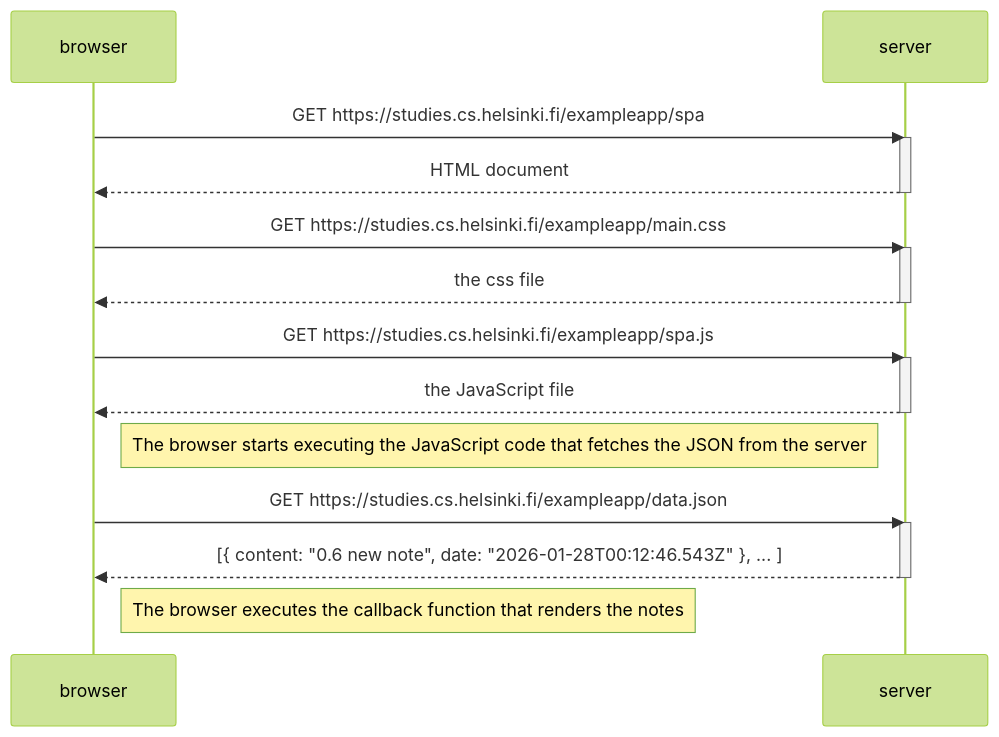
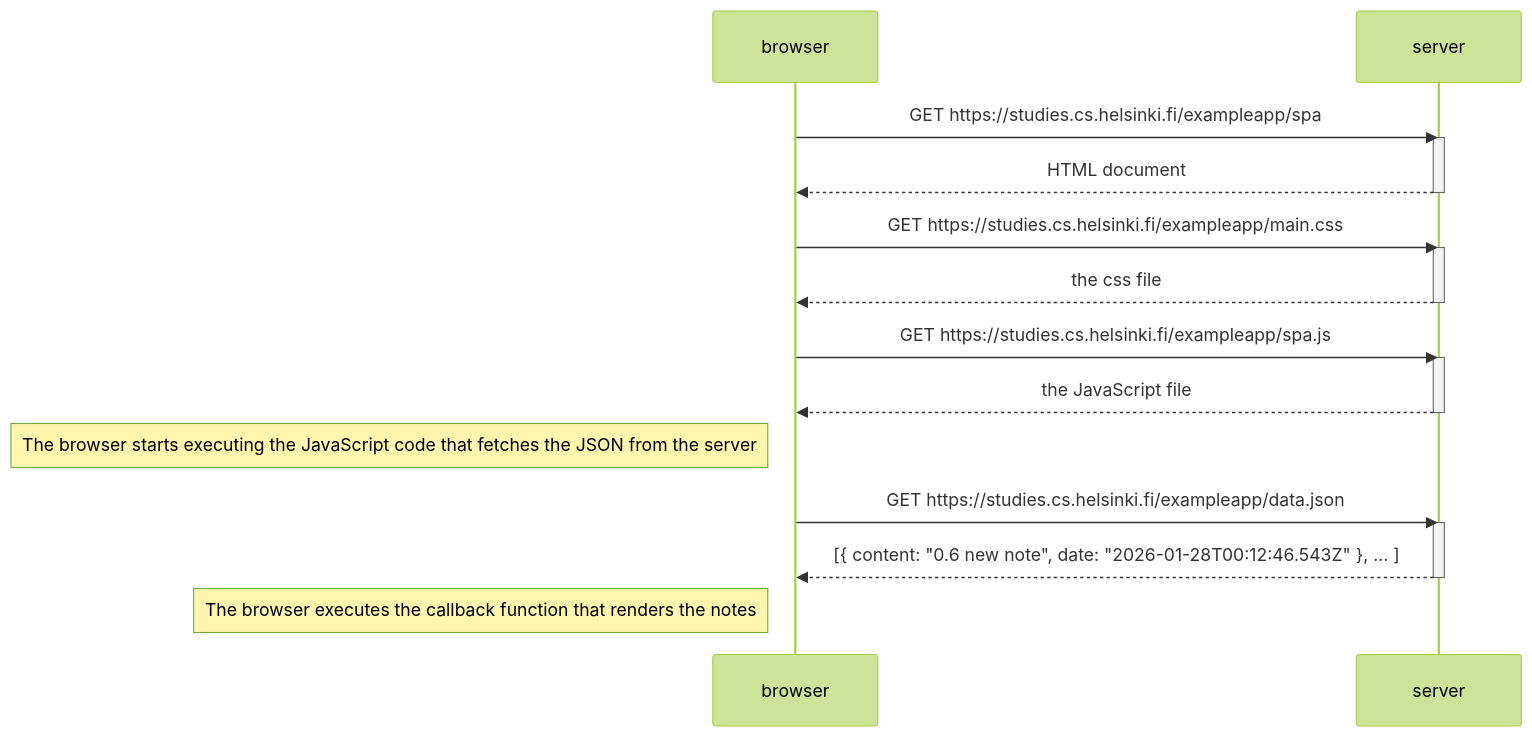
One commit to jakobsitory/full-stack-open changed the diagram in part0/ex05-spa-diagram.md. Above: the diagram before and after it, drawn with Mermaid (forest theme). The commit also changed 2 other files, not shown here.

Commit message:
some visual cleanup to make diagrams easier to read

````diff
--- a/part0/ex05-spa-diagram.md
+++ b/part0/ex05-spa-diagram.md
@@ -1,31 +1,31 @@
 ``` mermaid
 sequenceDiagram
     participant browser
     participant server
 
     browser->>server: GET https://studies.cs.helsinki.fi/exampleapp/spa
     activate server
     server-->>browser: HTML document
     deactivate server
 
     browser->>server: GET https://studies.cs.helsinki.fi/exampleapp/main.css
     activate server
     server-->>browser: the css file
     deactivate server
 
     browser->>server: GET https://studies.cs.helsinki.fi/exampleapp/spa.js
     activate server
     server-->>browser: the JavaScript file
     deactivate server
 
-    Note right of browser: The browser starts executing the JavaScript code that fetches the JSON from the server
+    Note left of browser: The browser starts executing the JavaScript code that fetches the JSON from the server
 
     browser->>server: GET https://studies.cs.helsinki.fi/exampleapp/data.json
     activate server
     server-->>browser: [{ content: "0.6 new note", date: "2026-01-28T00:12:46.543Z" }, ... ]
     deactivate server
 
-    Note right of browser: The browser executes the callback function that renders the notes
+    Note left of browser: The browser executes the callback function that renders the notes
 
 
 ```
````
